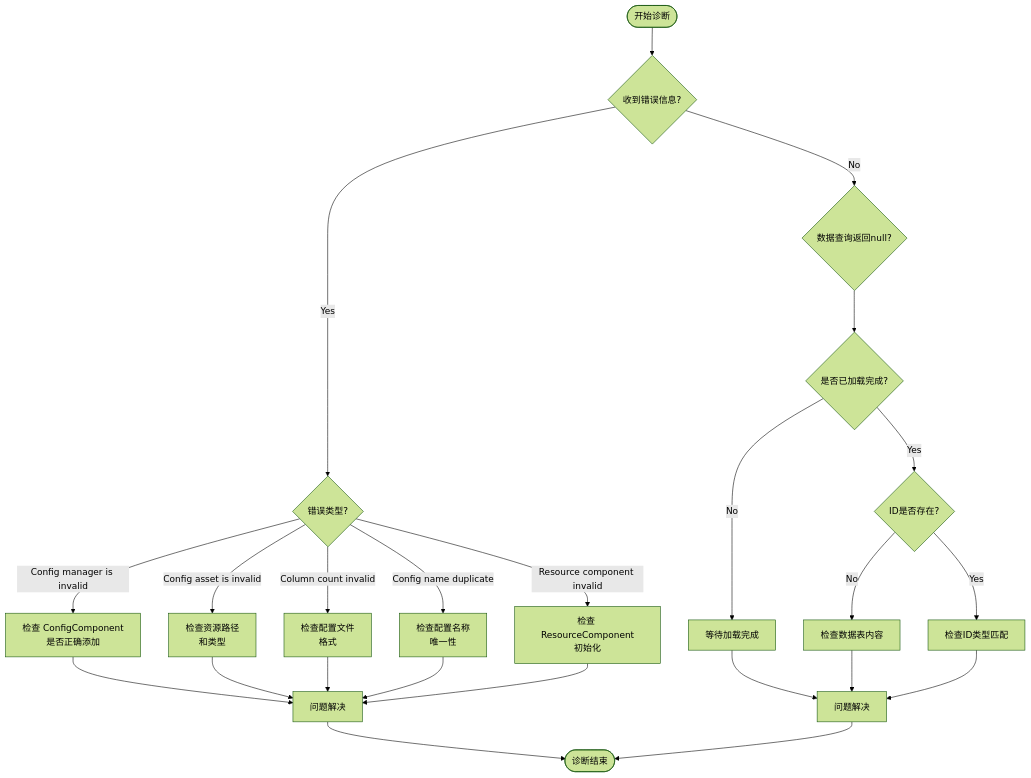
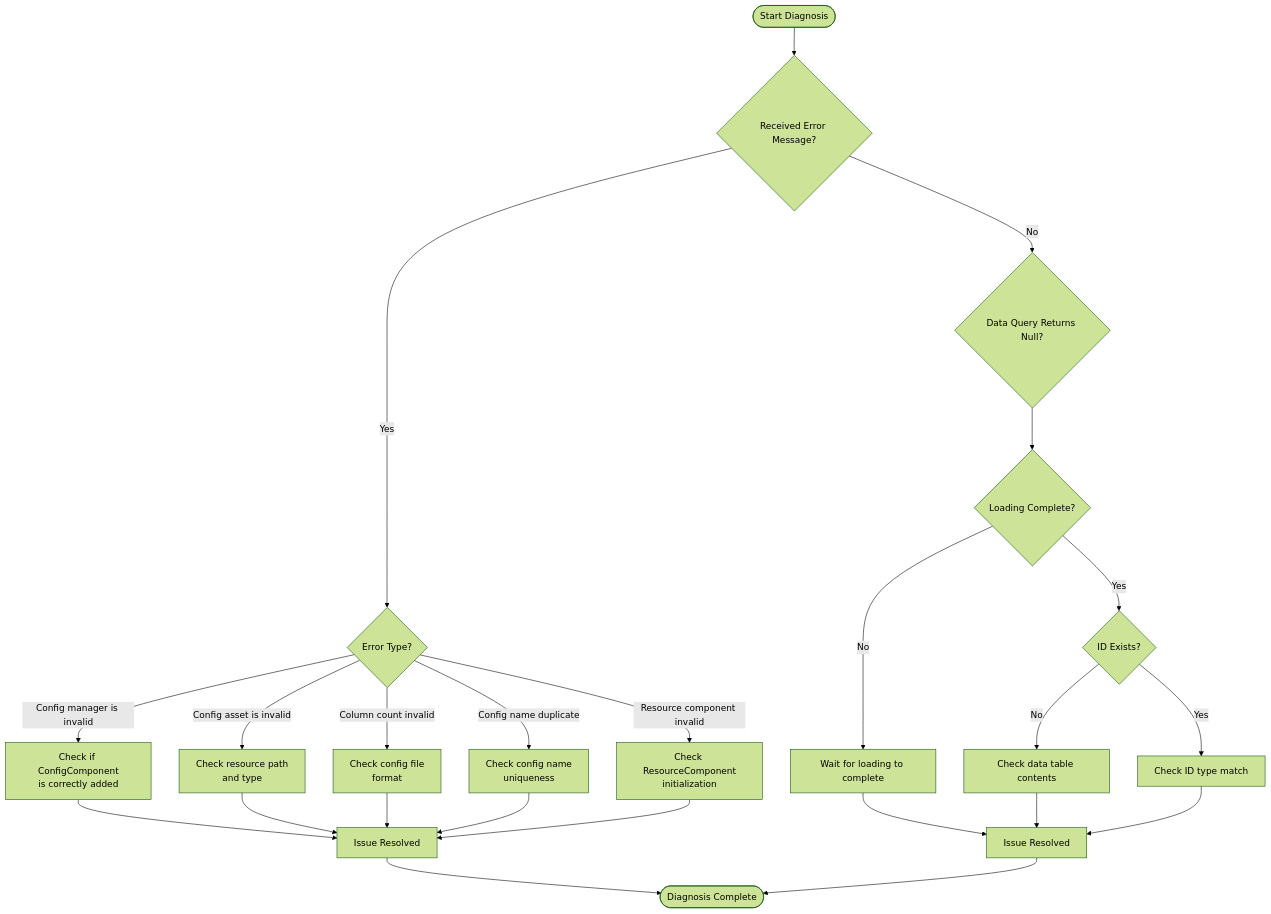
Before and after one commit to AlianBlank/GameFrameX.Docs: the diagram in docs/en/client/unity/component/config/14.troubleshooting.md, drawn with Mermaid (forest theme). The commit also changed other lines of this file and 242 other files, not shown here.

````diff
--- a/docs/en/client/unity/component/config/14.troubleshooting.md
+++ b/docs/en/client/unity/component/config/14.troubleshooting.md
@@ -189,32 +189,32 @@
 ```mermaid
 flowchart TD
-    Start([开始诊断]) --> Check1{收到错误信息?}
-    
-    Check1 -->|Yes| ErrorCheck{错误类型?}
-    Check1 -->|No| CheckData{数据查询返回null?}
-    
-    ErrorCheck -->|"Config manager is invalid"| Fix1[检查 ConfigComponent<br/>是否正确添加]
-    ErrorCheck -->|"Config asset is invalid"| Fix2[检查资源路径<br/>和类型]
-    ErrorCheck -->|"Column count invalid"| Fix3[检查配置文件<br/>格式]
-    ErrorCheck -->|"Config name duplicate"| Fix4[检查配置名称<br/>唯一性]
-    ErrorCheck -->|"Resource component invalid"| Fix5[检查 ResourceComponent<br/>初始化]
-    
-    Fix1 --> Done1[问题解决]
+    Start([Start Diagnosis]) --> Check1{Received Error Message?}
+
+    Check1 -->|Yes| ErrorCheck{Error Type?}
+    Check1 -->|No| CheckData{Data Query Returns Null?}
+
+    ErrorCheck -->|"Config manager is invalid"| Fix1[Check if ConfigComponent<br/>is correctly added]
+    ErrorCheck -->|"Config asset is invalid"| Fix2[Check resource path<br/>and type]
+    ErrorCheck -->|"Column count invalid"| Fix3[Check config file<br/>format]
+    ErrorCheck -->|"Config name duplicate"| Fix4[Check config name<br/>uniqueness]
+    ErrorCheck -->|"Resource component invalid"| Fix5[Check ResourceComponent<br/>initialization]
+
+    Fix1 --> Done1[Issue Resolved]
     Fix2 --> Done1
     Fix3 --> Done1
     Fix4 --> Done1
     Fix5 --> Done1
-    
-    CheckData --> LoadComplete{是否已加载完成?}
-    LoadComplete -->|No| Fix6[等待加载完成]
-    LoadComplete -->|Yes| IdValid{ID是否存在?}
-    IdValid -->|No| Fix7[检查数据表内容]
-    IdValid -->|Yes| Fix8[检查ID类型匹配]
-    
-    Fix6 --> Done2[问题解决]
+
+    CheckData --> LoadComplete{Loading Complete?}
+    LoadComplete -->|No| Fix6[Wait for loading to complete]
+    LoadComplete -->|Yes| IdValid{ID Exists?}
+    IdValid -->|No| Fix7[Check data table contents]
+    IdValid -->|Yes| Fix8[Check ID type match]
+
+    Fix6 --> Done2[Issue Resolved]
     Fix7 --> Done2
     Fix8 --> Done2
-    
-    Done1 --> End([诊断结束])
+
+    Done1 --> End([Diagnosis Complete])
     Done2 --> End
 ```
````
